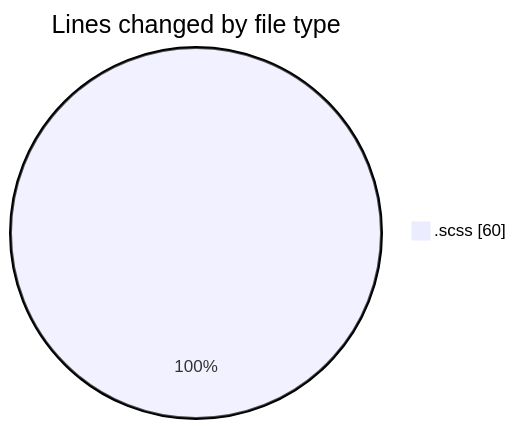
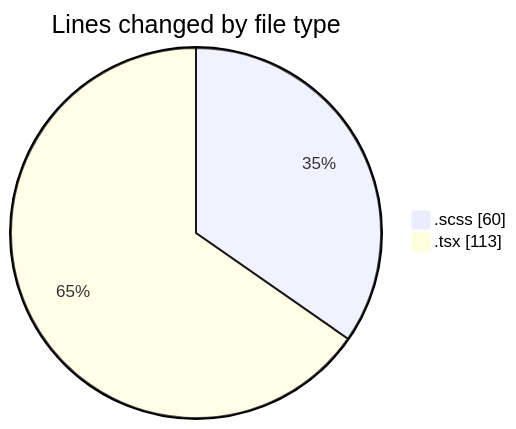
One commit to momahboobian/code-tracking changed the first of 2 diagrams in 2025-03-04/cda/README.md. Above: the diagram before and after it, drawn with Mermaid. The commit also changed other lines of this file and 1 other file, not shown here.

````diff
--- a/2025-03-04/cda/README.md
+++ b/2025-03-04/cda/README.md
@@ -21,5 +22,6 @@
 ```mermaid
 pie showData
 title Lines changed by file type
 ".scss" : 60
+".tsx" : 113
 ```
````
